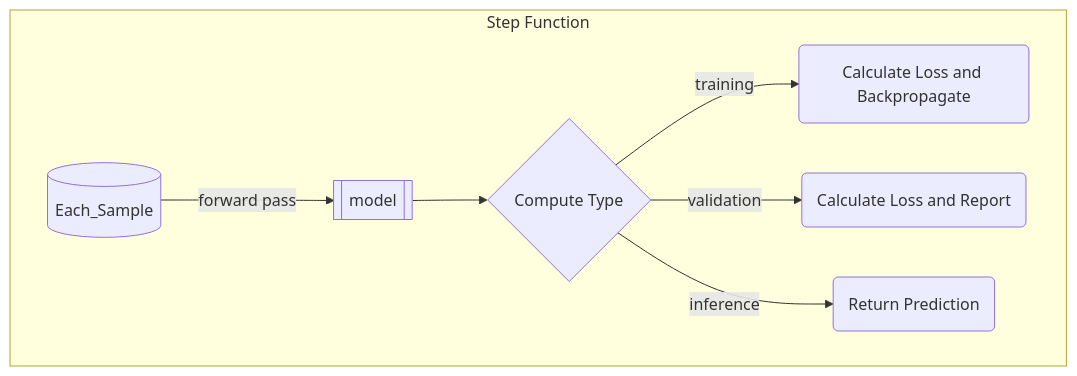
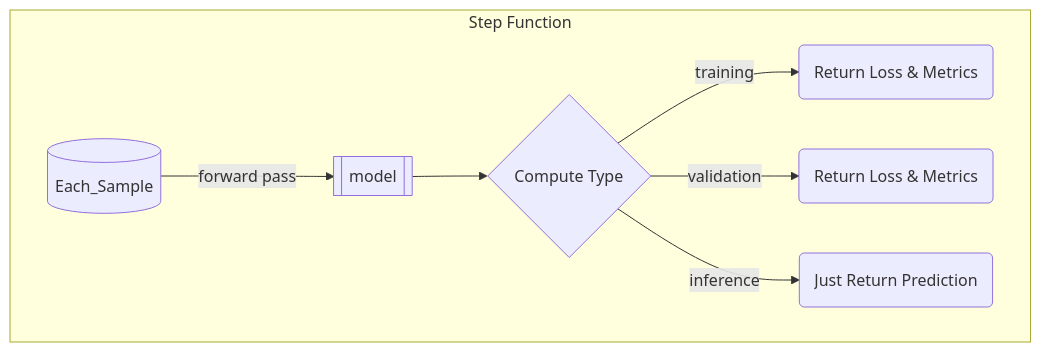
One commit to szmazurek/GaNDLF changed the sixth of 6 diagrams in docs/flowchart.md. Above: the diagram before and after it, drawn with Mermaid. The commit also changed other lines of this file, not shown here.

Commit message:
updated terms

````diff
--- a/docs/flowchart.md
+++ b/docs/flowchart.md
@@ -81,11 +81,11 @@
 ```mermaid
 flowchart TD
     subgraph Step Function
         Each_Sample[(Each_Sample)] -->|forward pass| model[[model]]
         model[[model]] --> type{Compute Type}
-        type -->|training| training_loss(Calculate Loss and Backpropagate)
-        type -->|validation| validation_loss(Calculate Loss and Report)
-        type -->|inference| inferences_metrics(Return Prediction)
+        type -->|training| training_loss(Return Loss & Metrics)
+        type -->|validation| validation_loss(Return Loss & Metrics)
+        type -->|inference| inferences_metrics(Just Return Prediction)
 
     end
 ```
````
